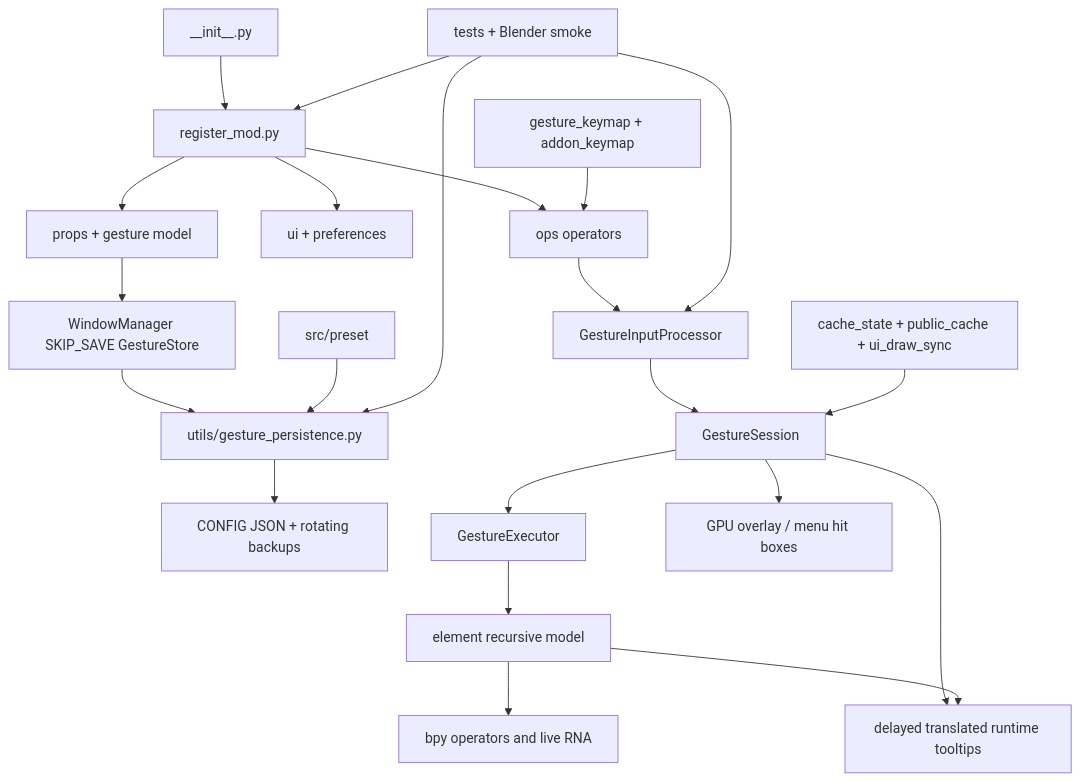
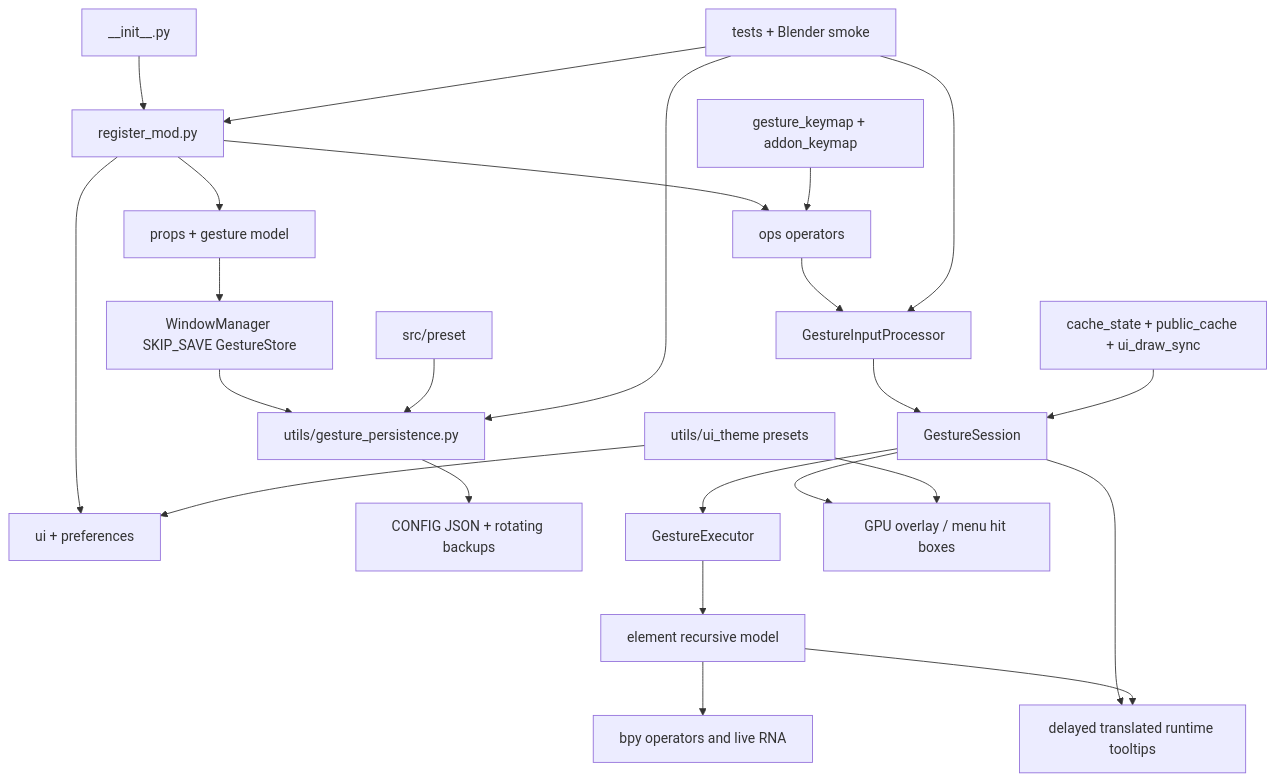
Before and after one commit to AIGODLIKE/gesture_helper: the diagram in PROJECT_CONTEXT.md, drawn with Mermaid. The commit also changed other lines of this file and 21 other files, not shown here.

````diff
--- a/PROJECT_CONTEXT.md
+++ b/PROJECT_CONTEXT.md
@@ -168,24 +181,26 @@
 ```mermaid
 flowchart TD
     Entry[__init__.py] --> Reg[register_mod.py]
     Reg --> RNA[props + gesture model]
     Reg --> UI[ui + preferences]
     Reg --> Ops[ops operators]
     RNA --> Store[WindowManager SKIP_SAVE GestureStore]
     Store --> Persist[utils/gesture_persistence.py]
     Persist --> JSON[CONFIG JSON + rotating backups]
     Ops --> Input[GestureInputProcessor]
     Input --> Session[GestureSession]
     Session --> Exec[GestureExecutor]
     Exec --> Elements[element recursive model]
     Elements --> Blender[bpy operators and live RNA]
     Session --> Draw[GPU overlay / menu hit boxes]
+    Theme[utils/ui_theme presets] --> Draw
+    Theme --> UI
     Session --> Tooltip[delayed translated runtime tooltips]
     Elements --> Tooltip
     Cache[cache_state + public_cache + ui_draw_sync] --> Session
     Keymap[gesture_keymap + addon_keymap] --> Ops
     Presets[src/preset] --> Persist
     Tests[tests + Blender smoke] --> Reg
     Tests --> Persist
     Tests --> Input
 ```
````
